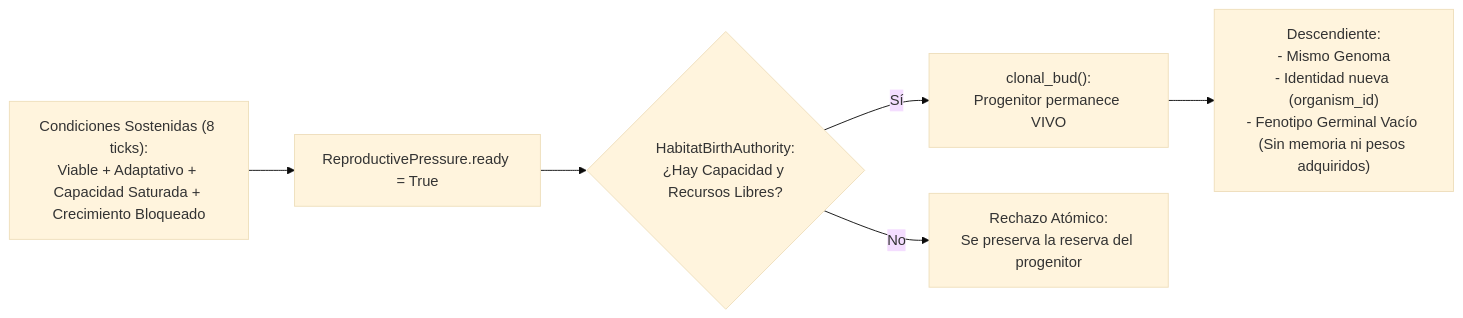
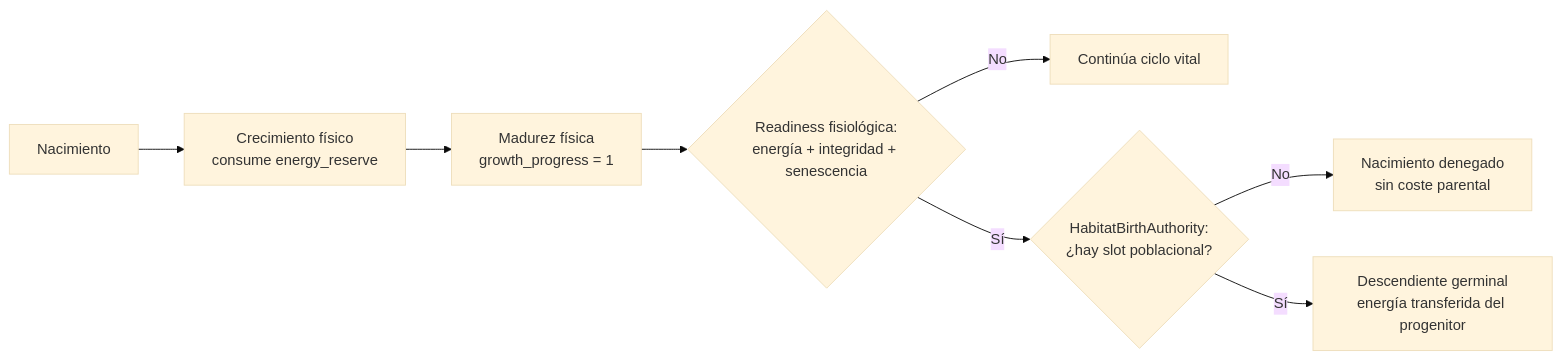
Before and after one commit to alessbarb/symbiont-lab: the seventh of 9 diagrams in docs/architecture.md, drawn with Mermaid (base theme). The commit also changed other lines of this file, not shown here.

Commit message:
docs(architecture): align reproduction and ontogeny with Living Body L5

````diff
--- a/docs/architecture.md
+++ b/docs/architecture.md
@@ -435,8 +436,10 @@
 ```mermaid
 flowchart LR
-    Conds["Condiciones Sostenidas (8 ticks):<br/>Viable + Adaptativo + Capacidad Saturada + Crecimiento Bloqueado"] --> Press["ReproductivePressure.ready = True"]
-    Press --> Auth{"HabitatBirthAuthority:<br/>¿Hay Capacidad y Recursos Libres?"}
-    Auth -- Sí --> Bud["clonal_bud():<br/>Progenitor permanece VIVO"]
-    Bud --> Child["Descendiente:<br/>- Mismo Genoma<br/>- Identidad nueva (organism_id)<br/>- Fenotipo Germinal Vacío (Sin memoria ni pesos adquiridos)"]
-    Auth -- No --> Fail["Rechazo Atómico:<br/>Se preserva la reserva del progenitor"]
+    Birth["Nacimiento"] --> Growth["Crecimiento físico<br/>consume energy_reserve"]
+    Growth --> Mature["Madurez física<br/>growth_progress = 1"]
+    Mature --> Ready{"Readiness fisiológica:<br/>energía + integridad + senescencia"}
+    Ready -- No --> Life["Continúa ciclo vital"]
+    Ready -- Sí --> Auth{"HabitatBirthAuthority:<br/>¿hay slot poblacional?"}
+    Auth -- No --> Denied["Nacimiento denegado<br/>sin coste parental"]
+    Auth -- Sí --> Child["Descendiente germinal<br/>energía transferida del progenitor"]
 ```
````
